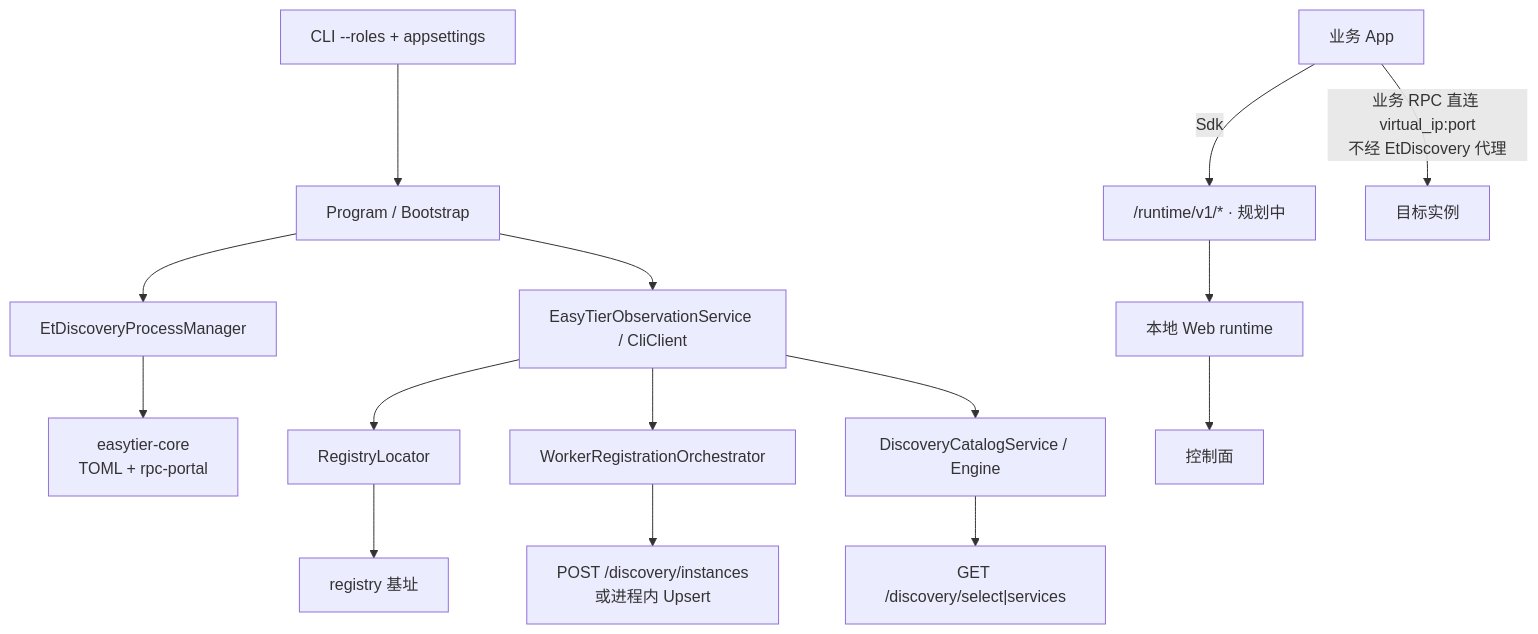
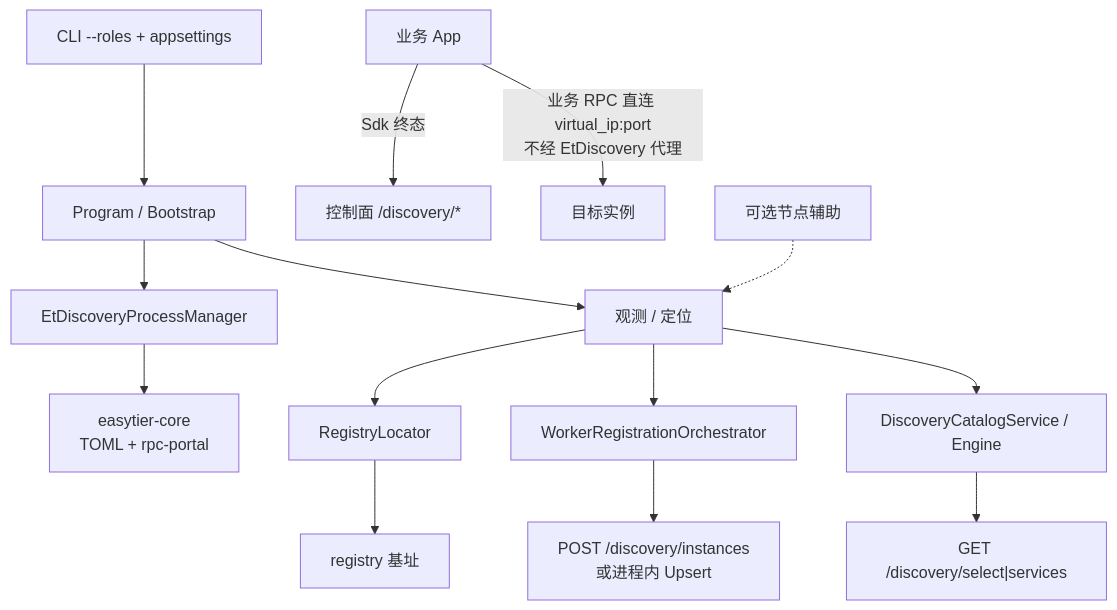
Before and after one commit to SwingCosmic/easytier-discovery: the second of 2 diagrams in AGENTS.md, drawn with Mermaid. The commit also changed other lines of this file and 11 other files, not shown here.

````diff
--- a/AGENTS.md
+++ b/AGENTS.md
@@ -110,17 +109,16 @@
 ```mermaid
 flowchart TB
   CLI["CLI --roles + appsettings"] --> Prog["Program / Bootstrap"]
   Prog --> PM["EtDiscoveryProcessManager"]
   PM --> ET["easytier-core<br/>TOML + rpc-portal"]
   Prog --> Obs["EasyTierObservationService / CliClient"]
   Obs --> Loc["RegistryLocator"]
   Obs --> Worker["WorkerRegistrationOrchestrator"]
   Obs --> Cat["DiscoveryCatalogService / Engine"]
   Loc --> Base["registry 基址"]
   Worker --> Post["POST /discovery/instances<br/>或进程内 Upsert"]
   Cat --> Select["GET /discovery/select|services"]
-  App["业务 App"] -->|"Sdk"| Rt["/runtime/v1/* · 规划中"]
-  Rt --> Web["本地 Web runtime"]
-  Web --> CP["控制面"]
+  App["业务 App"] -->|"Sdk 终态"| CP["控制面 /discovery/*"]
   App -->|"业务 RPC 直连 virtual_ip:port<br/>不经 EtDiscovery 代理"| Target["目标实例"]
+  Helper["可选节点辅助"] -.-> Obs["观测 / 定位"]
 ```
````
